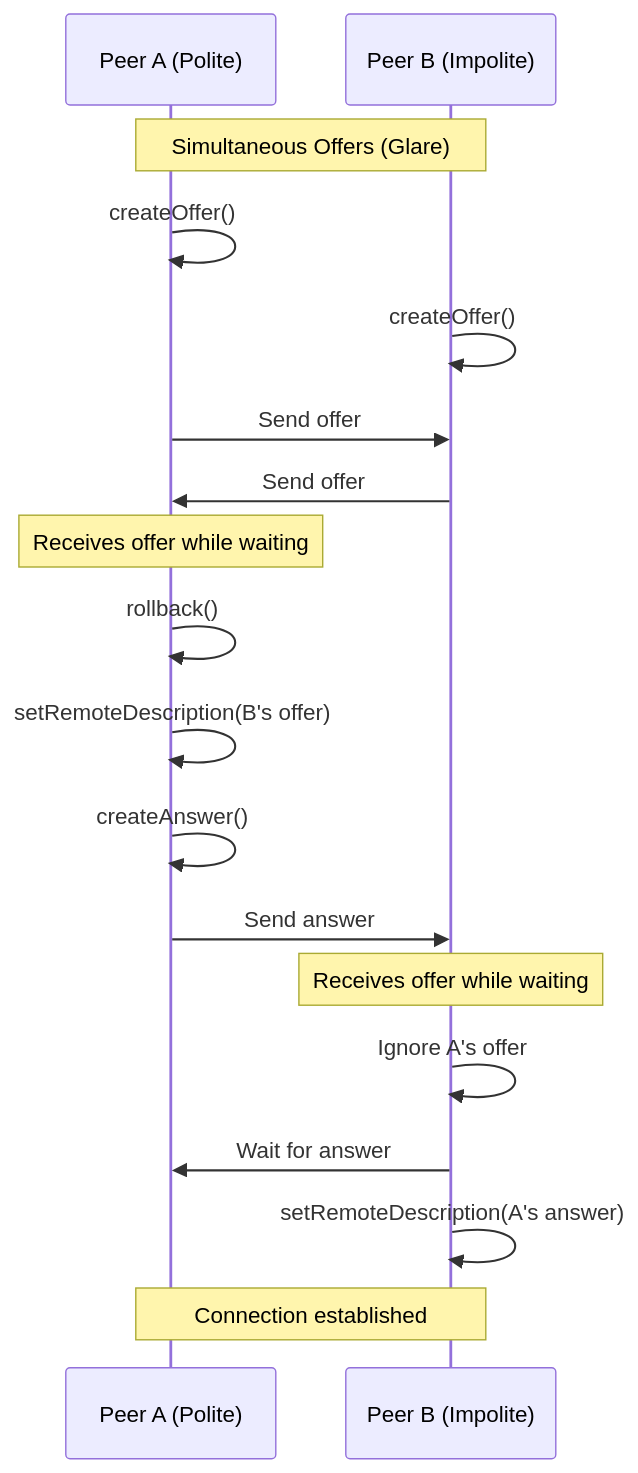
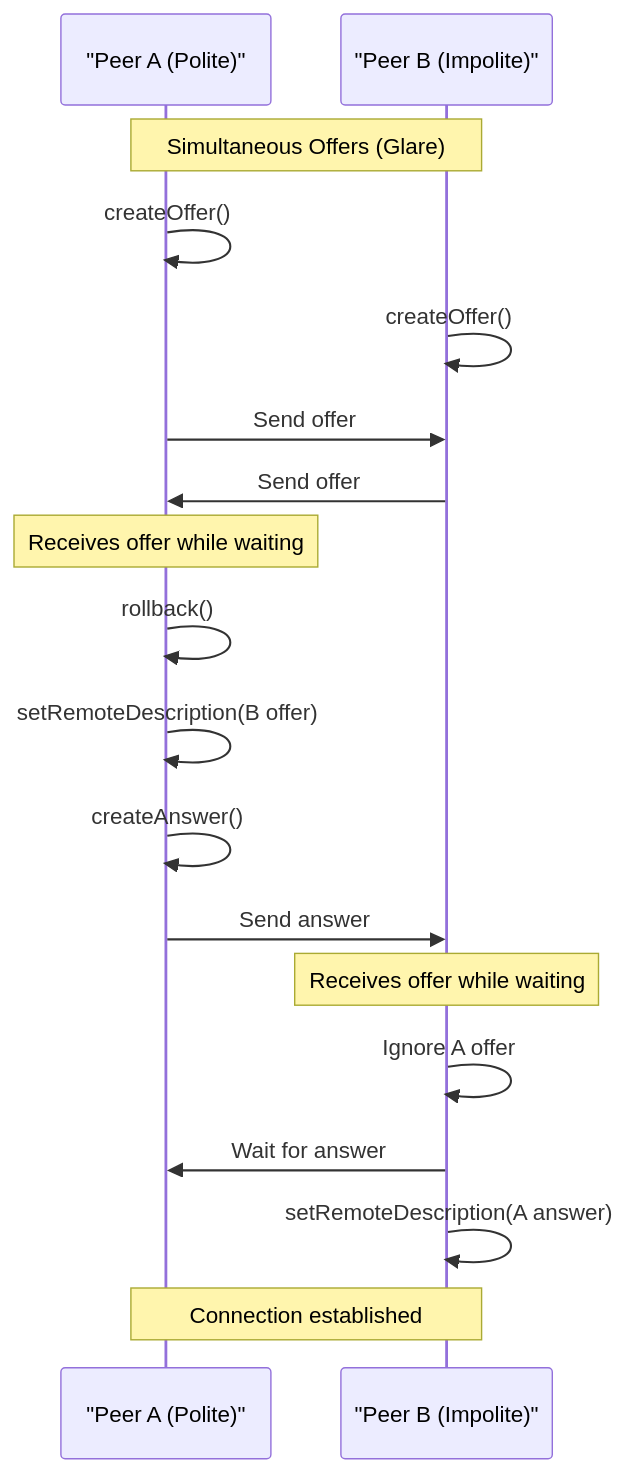
One commit to amr-kasem/distributed-systems-flutter-chat-peer changed the sixth of 16 diagrams in docs/communication-flow.md. Above: the diagram before and after it, drawn with Mermaid. The commit also changed 2 other files, not shown here.

Commit message:
solved issues with diagrams

````diff
--- a/docs/communication-flow.md
+++ b/docs/communication-flow.md
@@ -177,29 +177,29 @@
 ```mermaid
 sequenceDiagram
-    participant A as Peer A (Polite)
-    participant B as Peer B (Impolite)
+    participant A as "Peer A (Polite)"
+    participant B as "Peer B (Impolite)"
     
     Note over A,B: Simultaneous Offers (Glare)
     
     A->>A: createOffer()
     B->>B: createOffer()
     
     A->>B: Send offer
     B->>A: Send offer
     
     Note over A: Receives offer while waiting
     
     A->>A: rollback()
-    A->>A: setRemoteDescription(B's offer)
+    A->>A: setRemoteDescription(B offer)
     A->>A: createAnswer()
     A->>B: Send answer
     
     Note over B: Receives offer while waiting
     
-    B->>B: Ignore A's offer
+    B->>B: Ignore A offer
     B->>A: Wait for answer
     
-    B->>B: setRemoteDescription(A's answer)
+    B->>B: setRemoteDescription(A answer)
     
     Note over A,B: Connection established
 ```
````
